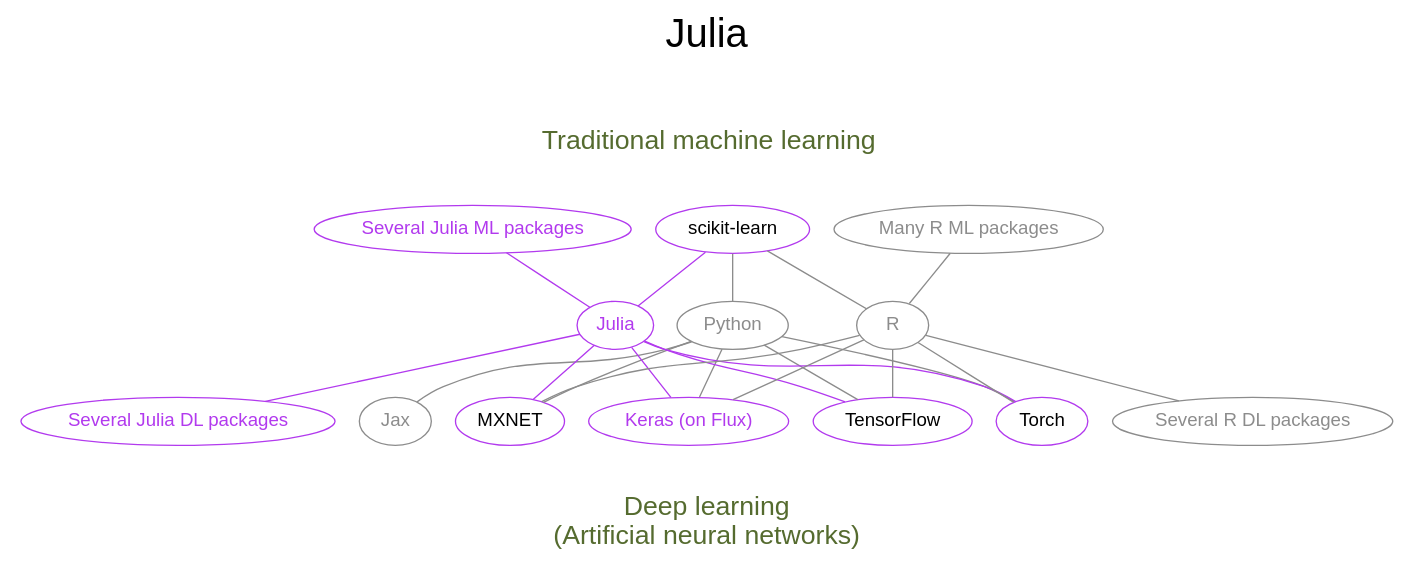
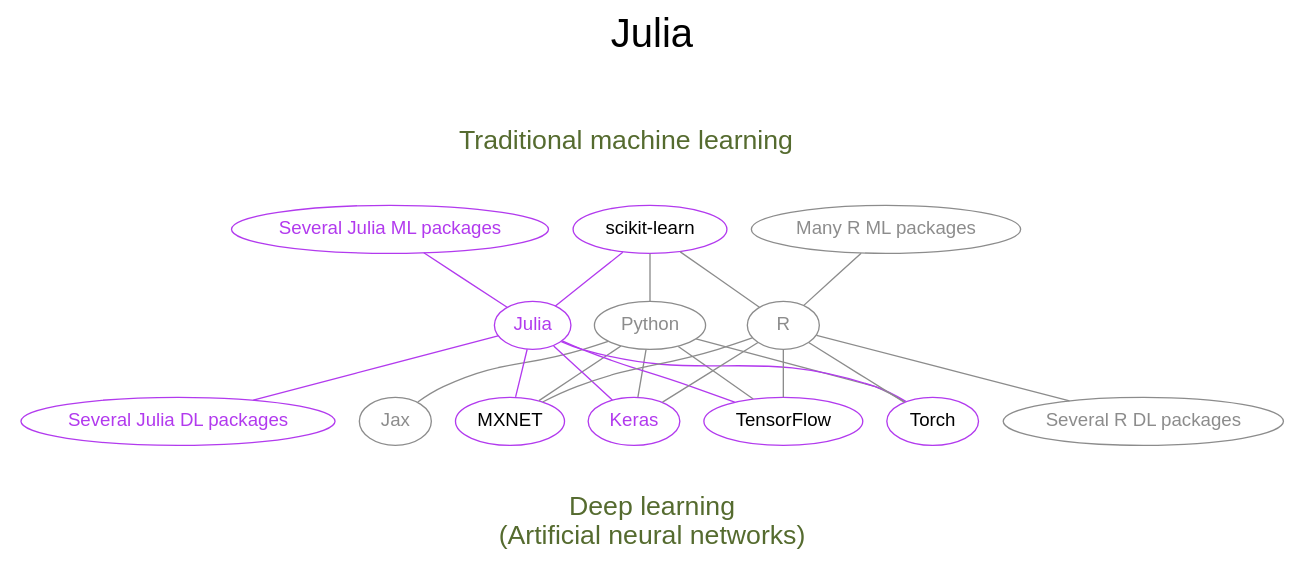
One commit to WestDRI/arc-training changed the sixth of 15 diagrams in ml/frameworks_slides.qmd. Above: the diagram before and after it, drawn with Graphviz. The commit also changed other lines of this file and 3 other files, not shown here.

````diff
--- a/ml/frameworks_slides.qmd
+++ b/ml/frameworks_slides.qmd
@@ -183,56 +184,56 @@
 ```{dot}
 //| echo: false
 
 strict graph {
 
   label="Julia\n\n"
   labelloc=t
   fontsize=30
   
   bgcolor="transparent"
   graph [fontname="Inconsolata, sans-serif"]
   node [fontname="Inconsolata, sans-serif"]
 
   subgraph cluster_ml {
 	peripheries=0
 	label="Traditional machine learning\n\n"
 	fontcolor=darkolivegreen
 	fontsize=20
 	"scikit-learn" "Several Julia ML packages" "Many R ML packages"
   }
 
   subgraph cluster_dl {
 	peripheries=0
 	label="\nDeep learning\n(Artificial neural networks)"
 	fontcolor=darkolivegreen
 	fontsize=20
 	labelloc=b
-	Torch TensorFlow Jax "Keras (on Flux)" MXNET "Several Julia DL packages" "Several R DL packages"
+	Torch TensorFlow Jax Keras MXNET "Several Julia DL packages" "Several R DL packages"
   }
 
   Python [color=gray55, fontcolor=gray55, URL="https://www.python.org/"]
   Julia [color=darkorchid2, fontcolor=darkorchid2, URL="https://julialang.org/"]
   R [color=gray55, fontcolor=gray55, URL="https://www.r-project.org/"]
 
   "Several Julia ML packages" [color=darkorchid2, fontcolor=darkorchid2]
   "Several Julia DL packages" [color=darkorchid2, fontcolor=darkorchid2]
-  "Keras (on Flux)" [color=darkorchid2, fontcolor=darkorchid2, URL="https://github.com/ayush1999/Keras.jl"]
+  Keras [color=darkorchid2, fontcolor=darkorchid2, URL="https://github.com/ayush1999/Keras.jl"]
   "scikit-learn" [color=darkorchid2, URL="https://github.com/cstjean/ScikitLearn.jl"]
   MXNET [color=darkorchid2, URL="https://mxnet.apache.org/versions/1.9.1/api/julia/docs/api/"]
   TensorFlow [color=darkorchid2, URL="https://malmaud.github.io/tfdocs/"]
   Torch [color=darkorchid2, URL="https://github.com/FluxML/Torch.jl"]
 
   "scikit-learn" -- Python [color=gray55]
-  Python -- {Torch TensorFlow Jax "Keras (on Flux)" MXNET} [color=gray55]
+  Python -- {Torch TensorFlow Jax Keras MXNET} [color=gray55]
 
   {"Several Julia ML packages" "scikit-learn"} -- Julia [color=darkorchid2]
-  Julia -- {"Several Julia DL packages" Torch TensorFlow "Keras (on Flux)" MXNET} [color=darkorchid2]
+  Julia -- {"Several Julia DL packages" Torch TensorFlow Keras MXNET} [color=darkorchid2]
 
   {"scikit-learn" "Many R ML packages"} -- R [color=gray55]
-  R -- {"Several R DL packages" Torch TensorFlow "Keras (on Flux)" MXNET} [color=gray55]
+  R -- {"Several R DL packages" Torch TensorFlow Keras MXNET} [color=gray55]
 
   "Many R ML packages" [color=gray55, fontcolor=gray55]
   "Several R DL packages" [color=gray55, fontcolor=gray55]
   Jax [color=gray55, fontcolor=gray55]
 }
 ```
````
